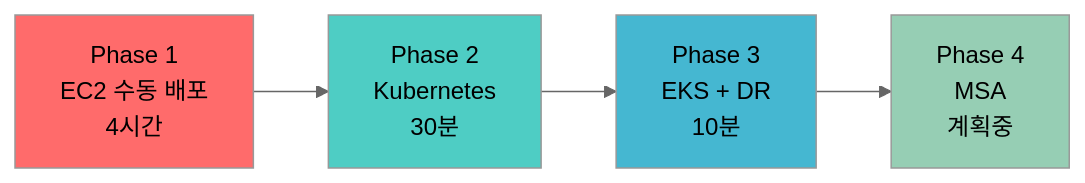
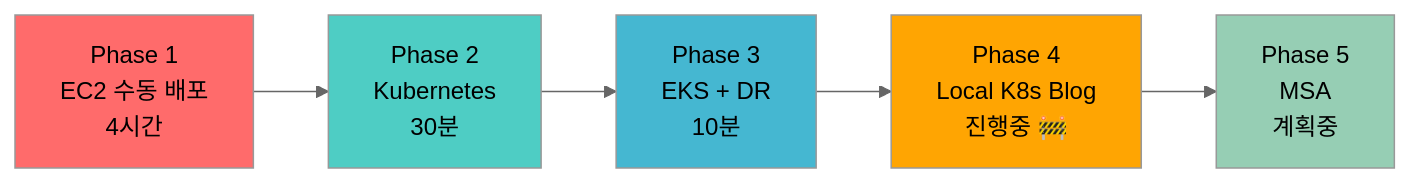
Before and after one commit to wlals2/blogsite: the first of 2 diagrams in content/projects/_index.md, drawn with Mermaid (neutral theme). The commit also changed other lines of this file and 13 other files, not shown here.

````diff
--- a/content/projects/_index.md
+++ b/content/projects/_index.md
@@ -25,11 +25,13 @@
 ```mermaid
 graph LR
     A[Phase 1<br/>EC2 수동 배포<br/>4시간] --> B[Phase 2<br/>Kubernetes<br/>30분]
     B --> C[Phase 3<br/>EKS + DR<br/>10분]
-    C --> D[Phase 4<br/>MSA<br/>계획중]
+    C --> D[Phase 4<br/>Local K8s Blog<br/>진행중 🚧]
+    D --> E[Phase 5<br/>MSA<br/>계획중]
 
     style A fill:#ff6b6b
     style B fill:#4ecdc4
     style C fill:#45b7d1
-    style D fill:#96ceb4
+    style D fill:#ffa502
+    style E fill:#96ceb4
 ```
````
